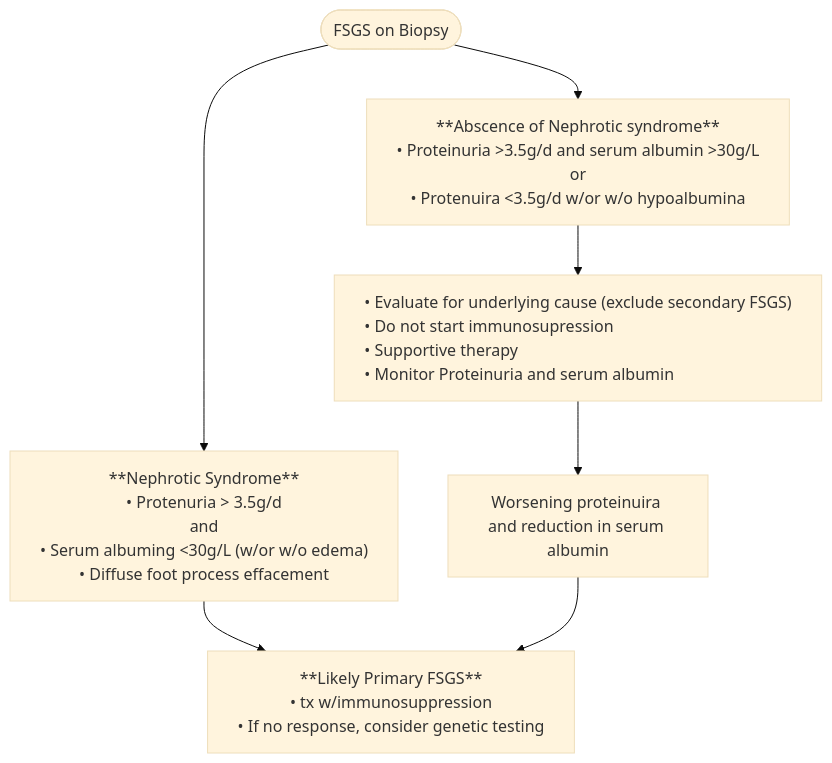
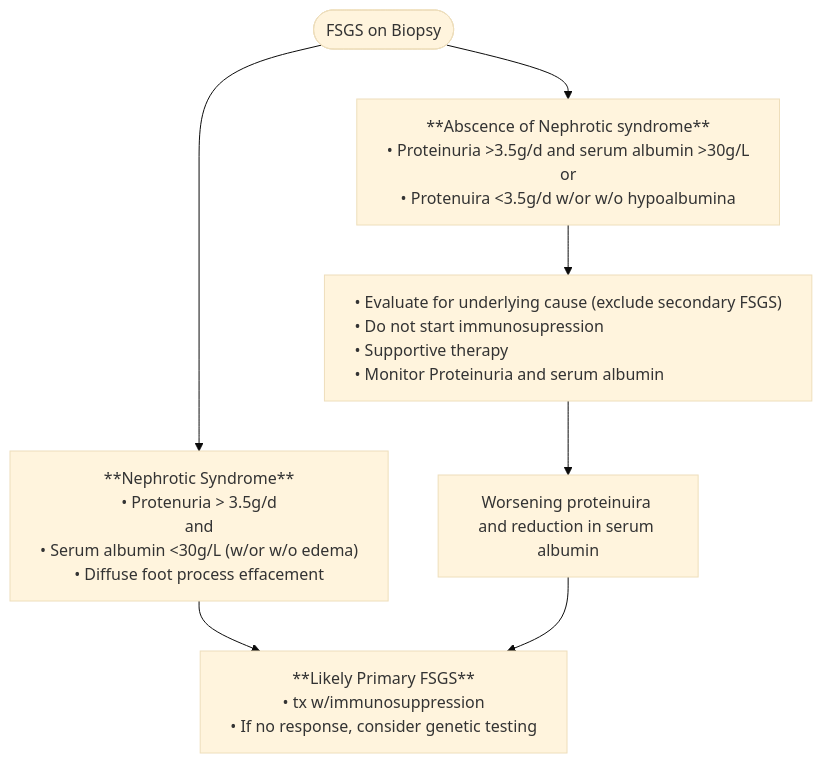
Before and after one commit to TTUNEPH2025/GN: the first of 3 diagrams in docs/FSGS.md, drawn with Mermaid (base theme).

````diff
--- a/docs/FSGS.md
+++ b/docs/FSGS.md
@@ -52,24 +52,24 @@
 ```mermaid
 flowchart TD
     A(["FSGS on Biopsy"]) --> C["**Nephrotic Syndrome**
     • Protenuria &gt; 3.5g/d
       and
-    • Serum albuming &lt;30g/L (w/or w/o edema)
+    • Serum albumin &lt;30g/L (w/or w/o edema)
     • Diffuse foot process effacement"] & n2["**Abscence of Nephrotic syndrome**
     • Proteinuria &gt;3.5g/d and serum albumin &gt;30g/L 
              or
     • Protenuira &lt;3.5g/d w/or w/o hypoalbumina"]
     C --> n3["**Likely Primary FSGS**
     • tx w/immunosuppression
     • If no response, consider genetic testing"]
     n2 --> n4["• Evaluate for underlying cause (exclude secondary FSGS)
     • Do not start immunosupression
     • Supportive therapy
     • Monitor Proteinuria and serum albumin"]
     n4 --> n5["Worsening proteinuira and reduction in serum albumin"]
     n5 --> n3
     style n4 white-space:nowrap,text-align:left
     style C white-space:nowrap
     style n2 white-space:nowrap
     style n3 white-space:nowrap
 ```
````
